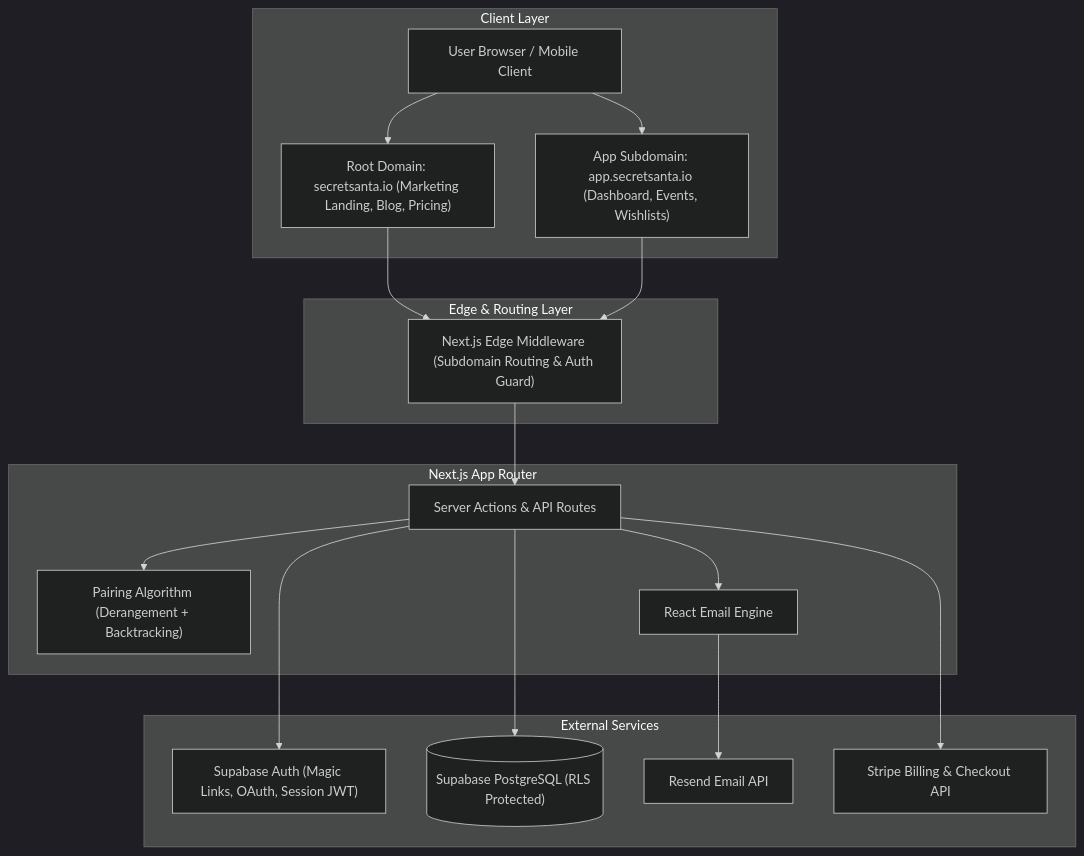
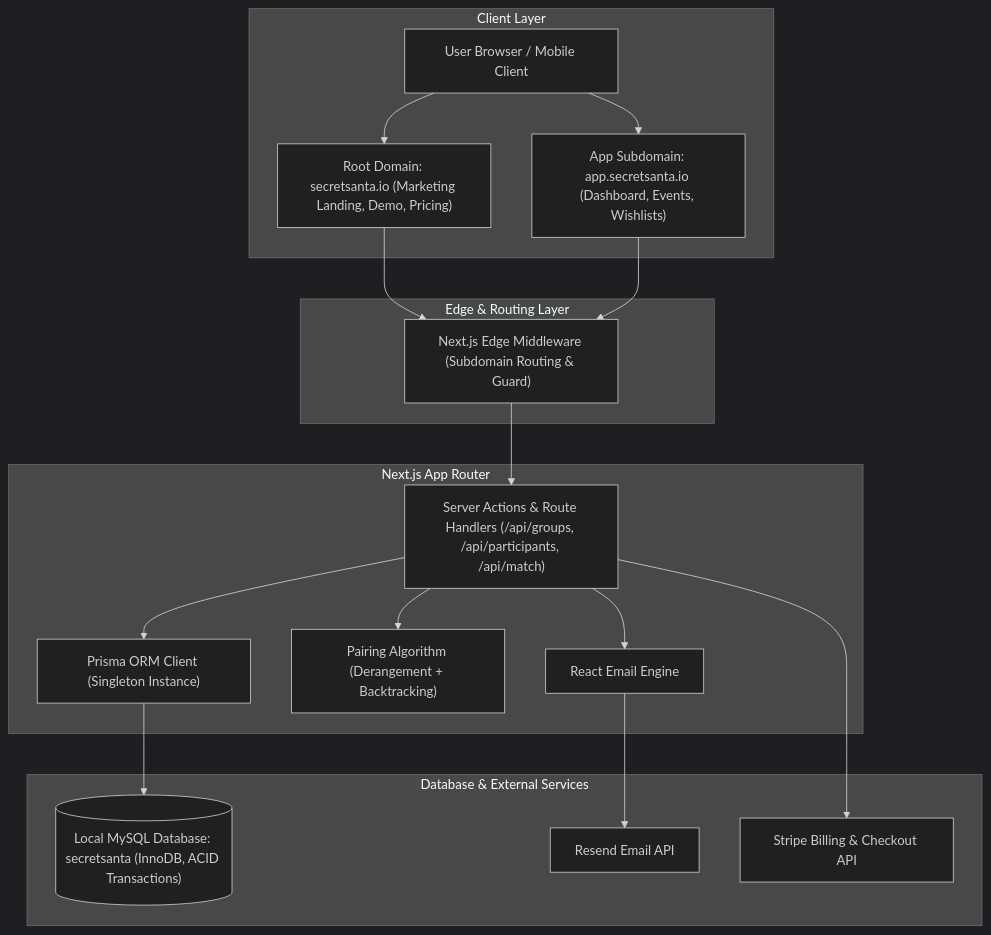
One commit to usamazahoor217/secret-santa-app changed the first of 2 diagrams in prd.md. Above: the diagram before and after it, drawn with Mermaid (dark theme). The commit also changed other lines of this file and 18 other files, not shown here.

First line of the commit message:
feat(backend): migrate architecture from Supabase to local MySQL with Prisma ORM

````diff
--- a/prd.md
+++ b/prd.md
@@ -22,38 +22,38 @@
 ```mermaid
 flowchart TD
     subgraph Client Layer
         Browser[User Browser / Mobile Client]
-        RootDomain["Root Domain: secretsanta.io (Marketing Landing, Blog, Pricing)"]
+        RootDomain["Root Domain: secretsanta.io (Marketing Landing, Demo, Pricing)"]
         AppSubdomain["App Subdomain: app.secretsanta.io (Dashboard, Events, Wishlists)"]
     end
 
     subgraph Edge & Routing Layer
-        VercelEdge["Next.js Edge Middleware (Subdomain Routing & Auth Guard)"]
+        VercelEdge["Next.js Edge Middleware (Subdomain Routing & Guard)"]
     end
 
     subgraph Application Layer [Next.js App Router]
-        ServerActions["Server Actions & API Routes"]
+        ServerActions["Server Actions & Route Handlers (/api/groups, /api/participants, /api/match)"]
+        PrismaClient["Prisma ORM Client (Singleton Instance)"]
         PairingEngine["Pairing Algorithm (Derangement + Backtracking)"]
         ReactEmail["React Email Engine"]
     end
 
-    subgraph External Services
-        SupabaseAuth["Supabase Auth (Magic Links, OAuth, Session JWT)"]
-        SupabaseDB[("Supabase PostgreSQL (RLS Protected)")]
+    subgraph Database & External Services
+        MySQLDB[("Local MySQL Database: secretsanta (InnoDB, ACID Transactions)")]
         ResendAPI["Resend Email API"]
         StripeAPI["Stripe Billing & Checkout API"]
     end
 
     Browser --> RootDomain
     Browser --> AppSubdomain
     RootDomain --> VercelEdge
     AppSubdomain --> VercelEdge
 
     VercelEdge --> ServerActions
-    ServerActions --> SupabaseAuth
-    ServerActions --> SupabaseDB
     ServerActions --> PairingEngine
+    ServerActions --> PrismaClient
+    PrismaClient --> MySQLDB
     ServerActions --> ReactEmail
     ReactEmail --> ResendAPI
     ServerActions --> StripeAPI
 ```
````
